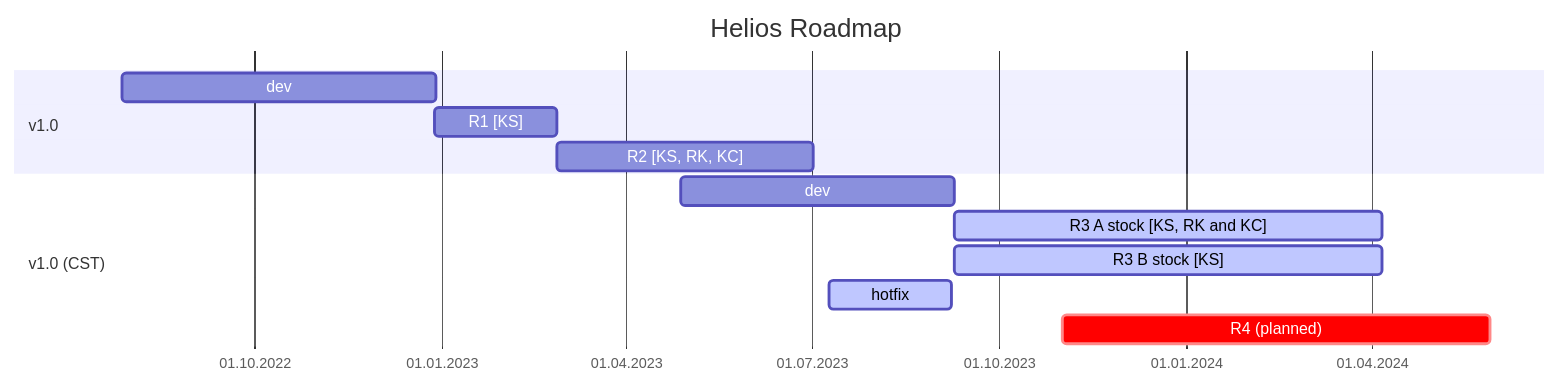
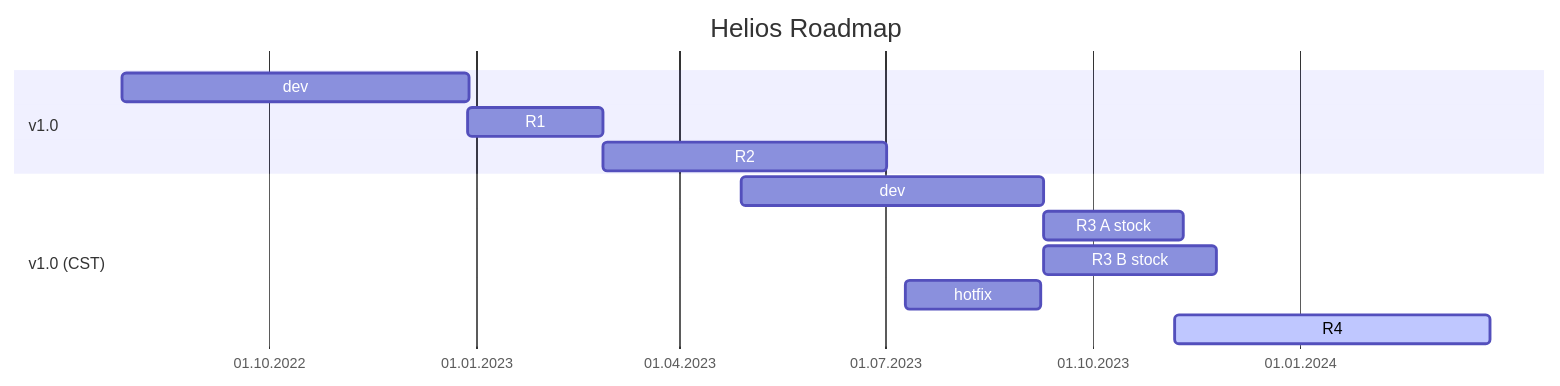
Before and after one commit to 0xCB-dev/docs.keeb.supply: the diagram in content/0xcb-helios/infos/index.md, drawn with Mermaid. The commit also changed other lines of this file, not shown here.

Commit message:
more info for helios page

````diff
--- a/content/0xcb-helios/infos/index.md
+++ b/content/0xcb-helios/infos/index.md
@@ -33,20 +33,20 @@
 ```mermaid
 
 
 
 gantt
     title Helios Roadmap
     todayMarker off
     dateFormat  YYYY-MM-DD
     axisFormat %d.%m.%Y
     section v1.0
     dev                         :2022-07-28, 22w
-    R1 [KS]                     :2022-12-28, 2023-02-26
-    R2 [KS, RK, KC]             :2023-02-26, 2023-07-02
+    R1                          :2022-12-28, 2023-02-26
+    R2                          :2023-02-26, 2023-07-02
     section v1.0 (CST)
-    dev                         :2023-04-28 , 2023-09-09
-    R3 A stock [KS, RK and KC]  :active,2023-09-09  , 30w
-    R3 B stock [KS]             :active,2023-09-09  , 30w
-    hotfix                      :active, 2023-07-10 , 60d
-    R4 (planned)                :crit, 2023-11-01, 30w
+    dev                         :2023-04-28, 2023-09-09
+    R3 A stock                  :2023-09-09, 2023-11-10
+    R3 B stock                  :2023-09-09, 2023-11-25
+    hotfix                      :2023-07-10, 60d
+    R4                          :active, 2023-11-06, 20w
 ```
````
